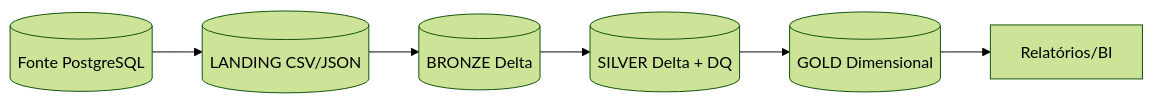
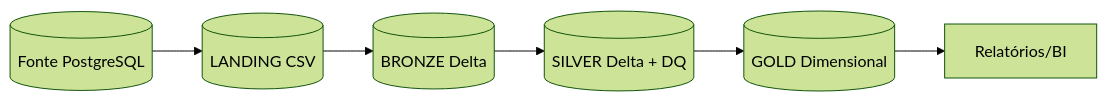
The diagram in docs/index.md (jeanvitorvieira/trabalho-eng-dados-lakehouse_databricks), drawn with Mermaid (forest theme) before and after one commit. The commit also changed other lines of this file and 21 other files, not shown here.

````diff
--- a/docs/index.md
+++ b/docs/index.md
@@ -9,8 +9,8 @@
 ```mermaid
 flowchart LR
-    Fonte[(Fonte PostgreSQL)] --> Landing[(LANDING CSV/JSON)]
+    Fonte[(Fonte PostgreSQL)] --> Landing[(LANDING CSV)]
     Landing --> Bronze[(BRONZE Delta)]
     Bronze --> Silver[(SILVER Delta + DQ)]
     Silver --> Gold[(GOLD Dimensional)]
     Gold --> BI[Relatórios/BI]
 ```
````
